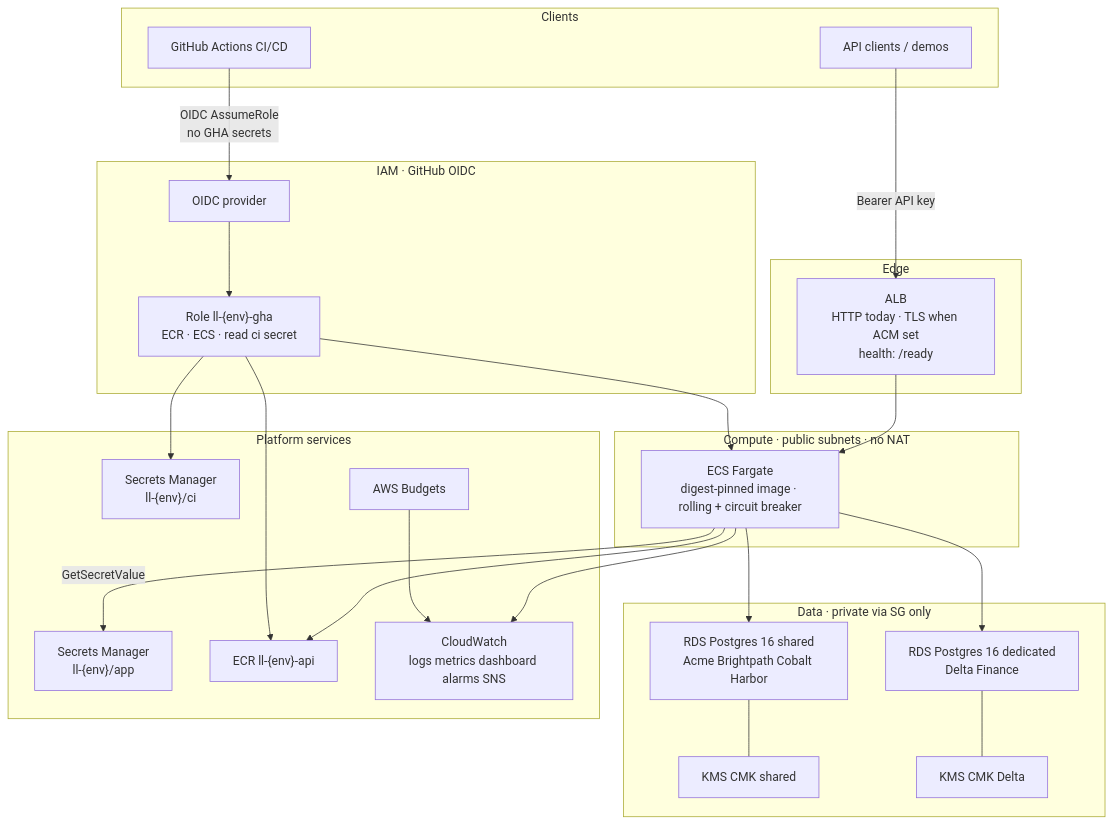
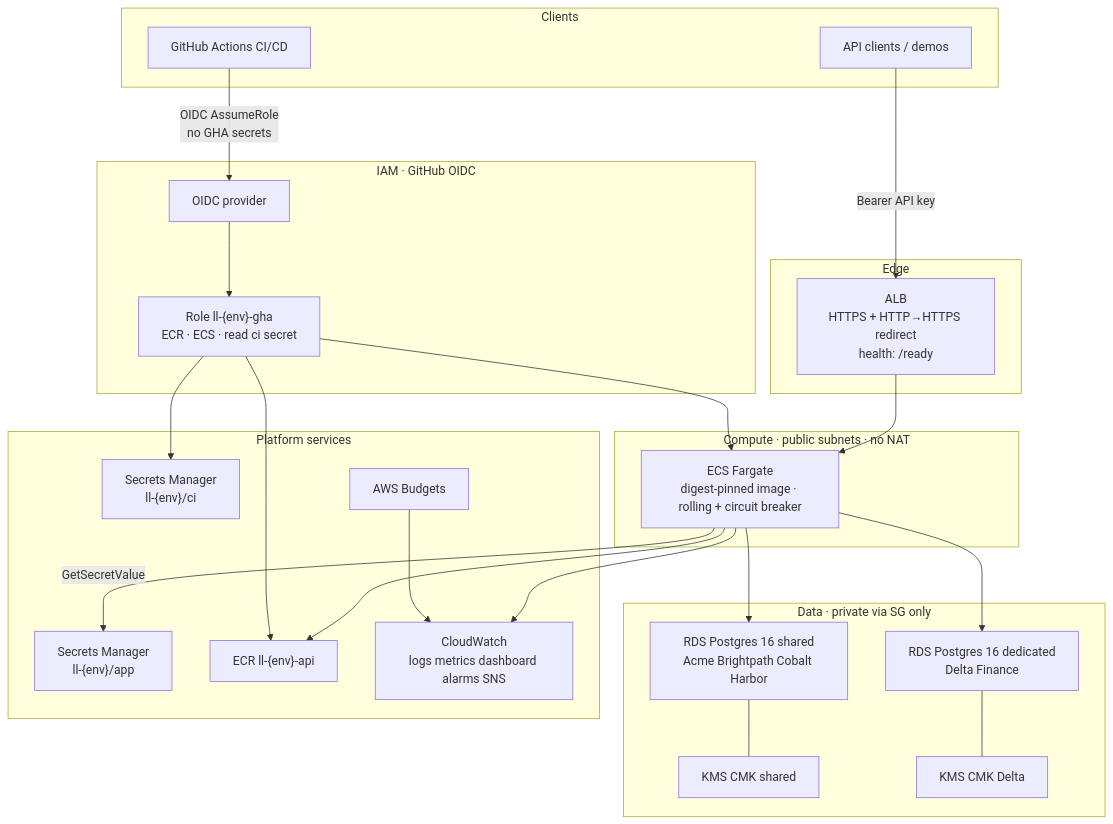
Before and after one commit to maannaan/ledgerline-platform: the diagram in README.md, drawn with Mermaid. The commit also changed other lines of this file and 16 other files, not shown here.

Commit message:
Document lean production apply and enable ACM TLS on both ALBs.

````diff
--- a/README.md
+++ b/README.md
@@ -36,52 +38,52 @@
 ```mermaid
 flowchart TB
   subgraph clients [Clients]
     browser[API clients / demos]
     gha[GitHub Actions CI/CD]
   end
 
   subgraph edge [Edge]
-    alb["ALB<br/>HTTP today · TLS when ACM set<br/>health: /ready"]
+    alb["ALB<br/>HTTPS + HTTP→HTTPS redirect<br/>health: /ready"]
   end
 
   subgraph compute [Compute · public subnets · no NAT]
     ecs["ECS Fargate<br/>digest-pinned image · rolling + circuit breaker"]
   end
 
   subgraph data [Data · private via SG only]
     sharedRds["RDS Postgres 16 shared<br/>Acme Brightpath Cobalt Harbor"]
     deltaRds["RDS Postgres 16 dedicated<br/>Delta Finance"]
     kmsShared["KMS CMK shared"]
     kmsDelta["KMS CMK Delta"]
   end
 
   subgraph platform [Platform services]
     smApp["Secrets Manager<br/>ll-{env}/app"]
     smCi["Secrets Manager<br/>ll-{env}/ci"]
     ecr["ECR ll-{env}-api"]
     cw["CloudWatch<br/>logs metrics dashboard alarms SNS"]
     budget["AWS Budgets"]
   end
 
   subgraph iam [IAM · GitHub OIDC]
     oidc["OIDC provider"]
     ghaRole["Role ll-{env}-gha<br/>ECR · ECS · read ci secret"]
   end
 
   browser -->|"Bearer API key"| alb
   alb --> ecs
   ecs -->|"GetSecretValue"| smApp
   ecs --> sharedRds
   ecs --> deltaRds
   sharedRds --- kmsShared
   deltaRds --- kmsDelta
   ecs --> cw
   ecs --> ecr
 
   gha -->|"OIDC AssumeRole<br/>no GHA secrets"| oidc
   oidc --> ghaRole
   ghaRole --> ecr
   ghaRole --> ecs
   ghaRole --> smCi
   budget --> cw
 ```
````
